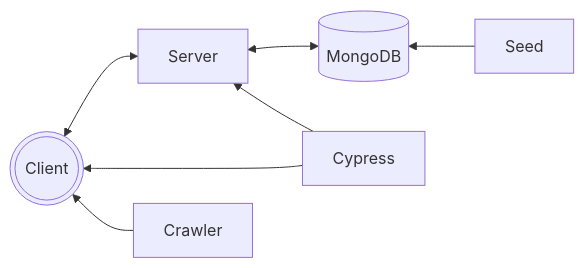
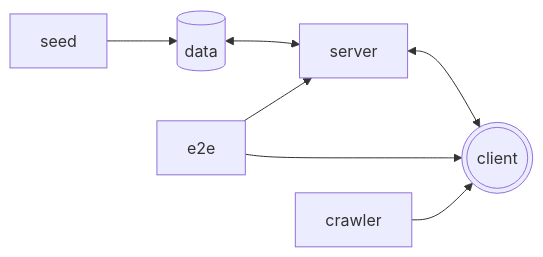
Before and after one commit to willemverbuyst/project-pieterpad: the diagram in README.md, drawn with Mermaid. The commit also changed other lines of this file, not shown here.

````diff
--- a/README.md
+++ b/README.md
@@ -1,15 +3,15 @@
 ```mermaid
-flowchart RL
-  A[Seed]
-  B[(MongoDB)]
-  C[Server]
-  D(((Client)))
-  E[Cypress]
-  F[Crawler]
+flowchart LR
+  A[seed]
+  B[(data)]
+  C[server]
+  D(((client)))
+  E[e2e]
+  F[crawler]
   A-->B
   B<-->C
   C<-->D
   E-->C
   E-->D
   F-->D
 ```
````
